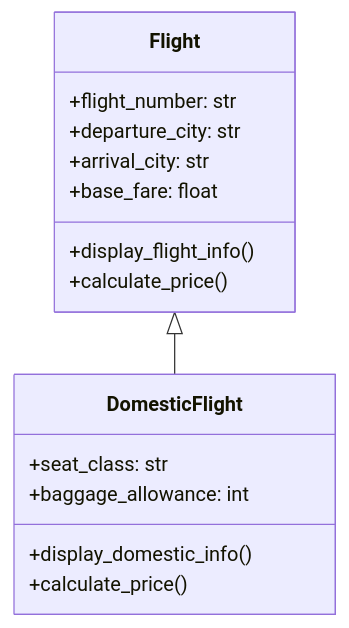
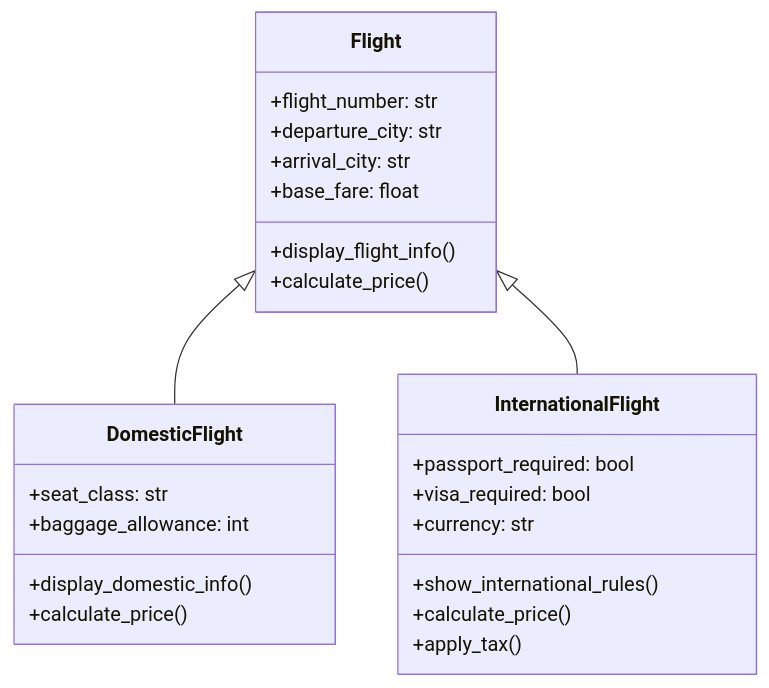
Before and after one commit to elonchen/MSE800: the diagram in Week8/Activity4/README.md, drawn with Mermaid. The commit also changed 2 other files, not shown here.

Commit message:
week8 activity4

````diff
--- a/Week8/Activity4/README.md
+++ b/Week8/Activity4/README.md
@@ -4,21 +4,31 @@
 ```mermaid
 classDiagram
 
 class Flight {
     +flight_number: str
     +departure_city: str
     +arrival_city: str
     +base_fare: float
     +display_flight_info()
     +calculate_price()
 }
 
 class DomesticFlight {
     +seat_class: str
     +baggage_allowance: int
     +display_domestic_info()
     +calculate_price()
 }
 
+class InternationalFlight {
+    +passport_required: bool
+    +visa_required: bool
+    +currency: str
+    +show_international_rules()
+    +calculate_price()
+    +apply_tax()
+}
+
 Flight <|-- DomesticFlight
+Flight <|-- InternationalFlight
 ```
````
